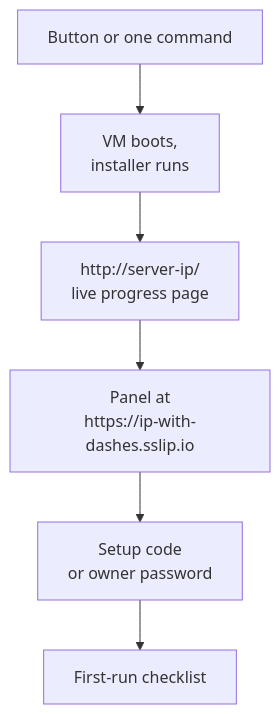
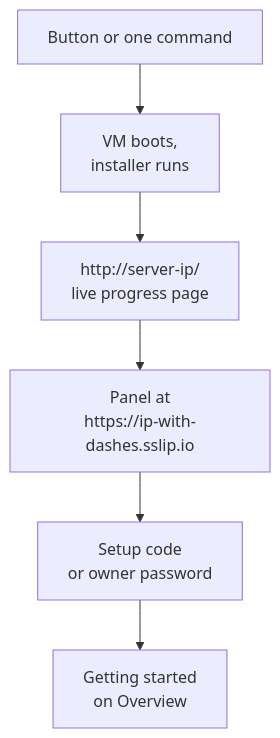
One commit to vikramgorla/duniya changed the diagram in docs/diagrams/install-flow.mmd. Above: the diagram before and after it, drawn with Mermaid. The commit also changed 81 other files, not shown here.

```diff
--- a/docs/diagrams/install-flow.mmd
+++ b/docs/diagrams/install-flow.mmd
@@ -1,6 +1,6 @@
 flowchart TD
   A["Button or one command"] --> B["VM boots,<br/>installer runs"]
   B --> C["http://server-ip/<br/>live progress page"]
   C --> D["Panel at<br/>https://ip-with-dashes.sslip.io"]
   D --> E["Setup code<br/>or owner password"]
-  E --> F["First-run checklist"]
+  E --> F["Getting started<br/>on Overview"]
```
